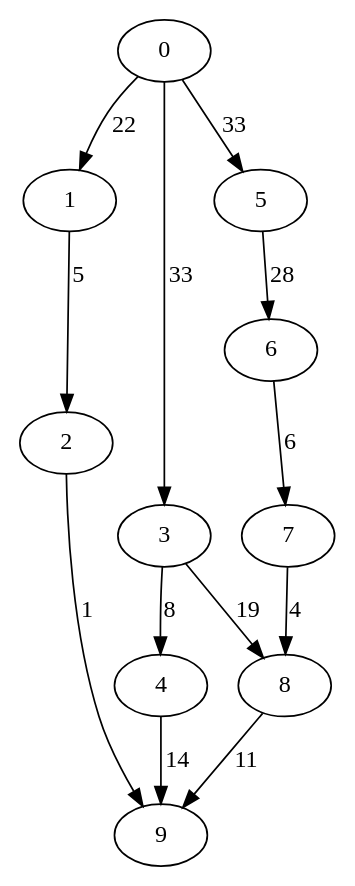
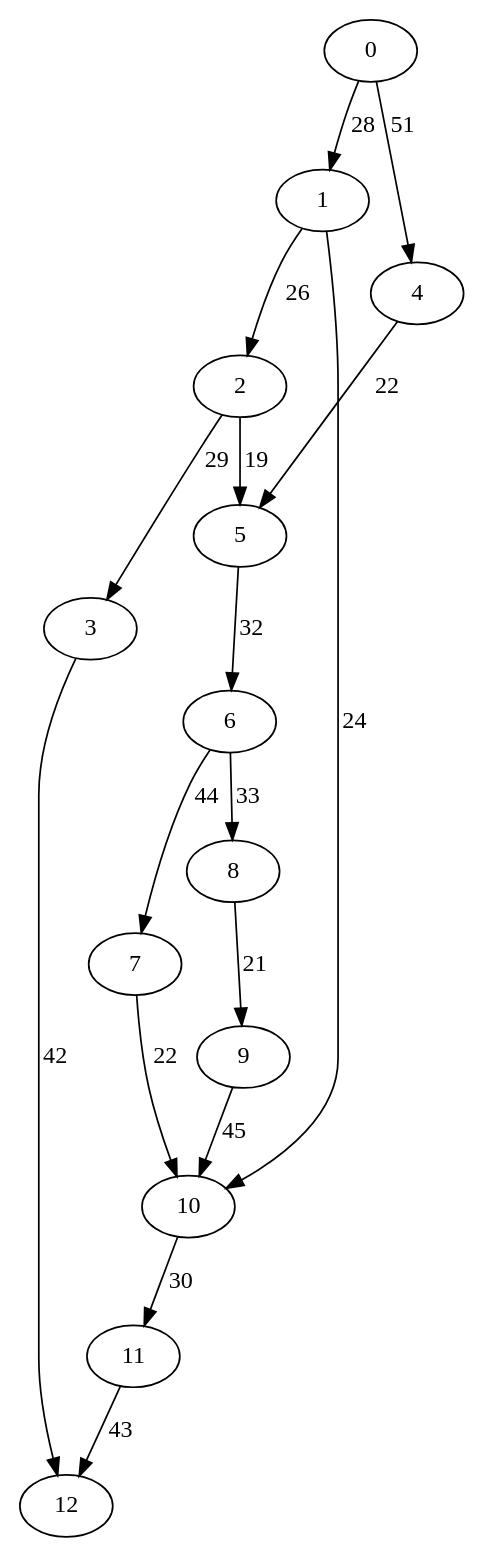
Before and after one commit to asaloniti/DagScheduling: the diagram in dotfiles/data8.dot, drawn with Graphviz. The commit also changed 27 other files, not shown here.

```diff
--- a/dotfiles/data8.dot
+++ b/dotfiles/data8.dot
@@ -1,14 +1,18 @@
 digraph data8 {
-0 -> 1 [ label = 22 ];
-0 -> 3 [ label = 33 ];
-0 -> 5 [ label = 33 ];
-1 -> 2 [ label = 5 ];
-2 -> 9 [ label = 1 ];
-3 -> 4 [ label = 8 ];
-3 -> 8 [ label = 19 ];
-4 -> 9 [ label = 14 ];
-5 -> 6 [ label = 28 ];
-6 -> 7 [ label = 6 ];
-7 -> 8 [ label = 4 ];
-8 -> 9 [ label = 11 ];
+0 -> 1 [ label = 28 ];
+0 -> 4 [ label = 51 ];
+1 -> 2 [ label = 26 ];
+1 -> 10 [ label = 24 ];
+2 -> 3 [ label = 29 ];
+2 -> 5 [ label = 19 ];
+3 -> 12 [ label = 42 ];
+4 -> 5 [ label = 22 ];
+5 -> 6 [ label = 32 ];
+6 -> 7 [ label = 44 ];
+6 -> 8 [ label = 33 ];
+7 -> 10 [ label = 22 ];
+8 -> 9 [ label = 21 ];
+9 -> 10 [ label = 45 ];
+10 -> 11 [ label = 30 ];
+11 -> 12 [ label = 43 ];
  }
```
